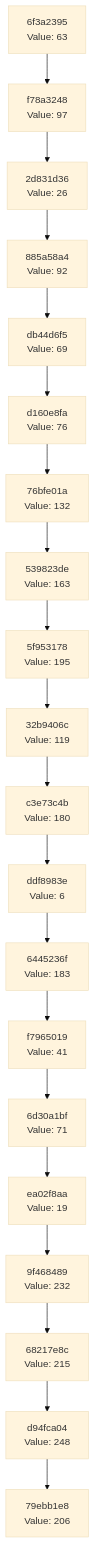
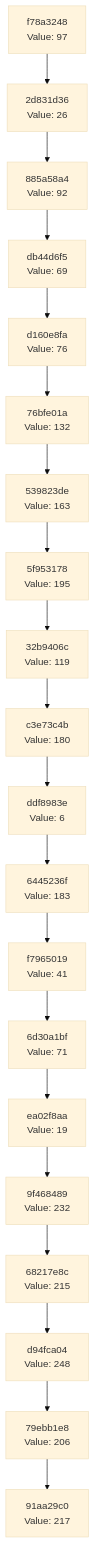
Before and after one commit to Abhisheksinha1506/hash-chain-evolver: the diagram in docs/CHAIN_VISUALIZATION.md, drawn with Mermaid (base theme). The commit also changed 3 other files, not shown here.

````diff
--- a/docs/CHAIN_VISUALIZATION.md
+++ b/docs/CHAIN_VISUALIZATION.md
@@ -3,42 +3,42 @@
 ```mermaid
 graph TD
-    C0["79ebb1e8<br/>Value: 206"]
-    C1["d94fca04<br/>Value: 248"]
+    C0["91aa29c0<br/>Value: 217"]
+    C1["79ebb1e8<br/>Value: 206"]
     C1 --> C0
-    C2["68217e8c<br/>Value: 215"]
+    C2["d94fca04<br/>Value: 248"]
     C2 --> C1
-    C3["9f468489<br/>Value: 232"]
+    C3["68217e8c<br/>Value: 215"]
     C3 --> C2
-    C4["ea02f8aa<br/>Value: 19"]
+    C4["9f468489<br/>Value: 232"]
     C4 --> C3
-    C5["6d30a1bf<br/>Value: 71"]
+    C5["ea02f8aa<br/>Value: 19"]
     C5 --> C4
-    C6["f7965019<br/>Value: 41"]
+    C6["6d30a1bf<br/>Value: 71"]
     C6 --> C5
-    C7["6445236f<br/>Value: 183"]
+    C7["f7965019<br/>Value: 41"]
     C7 --> C6
-    C8["ddf8983e<br/>Value: 6"]
+    C8["6445236f<br/>Value: 183"]
     C8 --> C7
-    C9["c3e73c4b<br/>Value: 180"]
+    C9["ddf8983e<br/>Value: 6"]
     C9 --> C8
-    C10["32b9406c<br/>Value: 119"]
+    C10["c3e73c4b<br/>Value: 180"]
     C10 --> C9
-    C11["5f953178<br/>Value: 195"]
+    C11["32b9406c<br/>Value: 119"]
     C11 --> C10
-    C12["539823de<br/>Value: 163"]
+    C12["5f953178<br/>Value: 195"]
     C12 --> C11
-    C13["76bfe01a<br/>Value: 132"]
+    C13["539823de<br/>Value: 163"]
     C13 --> C12
-    C14["d160e8fa<br/>Value: 76"]
+    C14["76bfe01a<br/>Value: 132"]
     C14 --> C13
-    C15["db44d6f5<br/>Value: 69"]
+    C15["d160e8fa<br/>Value: 76"]
     C15 --> C14
-    C16["885a58a4<br/>Value: 92"]
+    C16["db44d6f5<br/>Value: 69"]
     C16 --> C15
-    C17["2d831d36<br/>Value: 26"]
+    C17["885a58a4<br/>Value: 92"]
     C17 --> C16
-    C18["f78a3248<br/>Value: 97"]
+    C18["2d831d36<br/>Value: 26"]
     C18 --> C17
-    C19["6f3a2395<br/>Value: 63"]
+    C19["f78a3248<br/>Value: 97"]
     C19 --> C18
 ```
````
